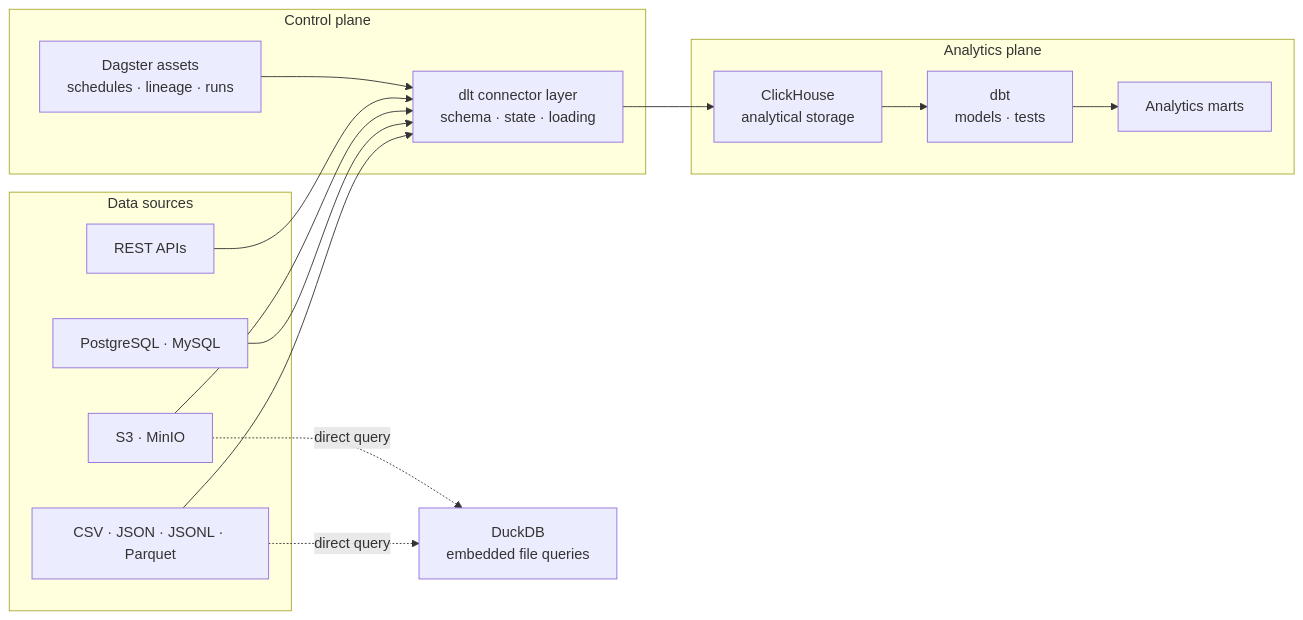
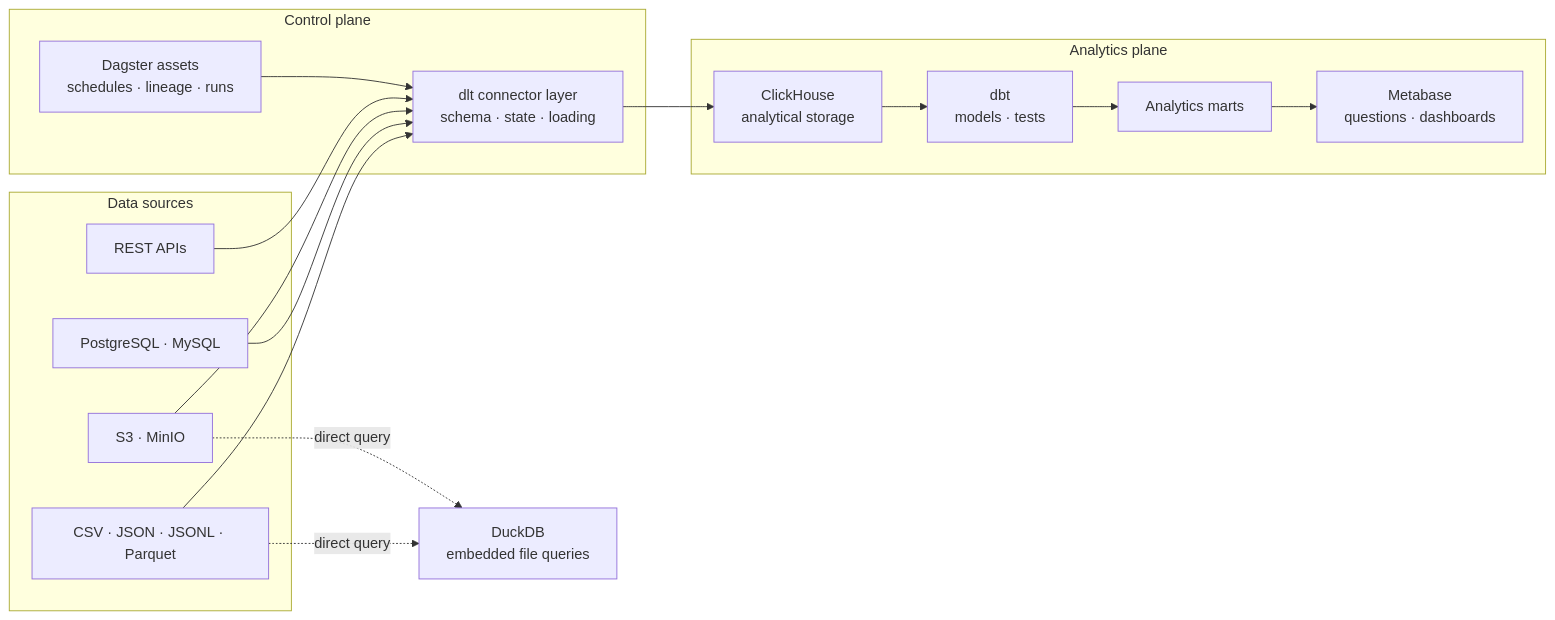
The diagram in README.md (felipe-cosse/Portable-Data-Platform), drawn with Mermaid before and after one commit. The commit also changed other lines of this file and 16 other files, not shown here.

````diff
--- a/README.md
+++ b/README.md
@@ -66,33 +70,35 @@
 ```mermaid
 flowchart LR
     subgraph Sources["Data sources"]
         Files["CSV · JSON · JSONL · Parquet"]
         Databases["PostgreSQL · MySQL"]
         ObjectStorage["S3 · MinIO"]
         APIs["REST APIs"]
     end
 
     subgraph Control["Control plane"]
         Dagster["Dagster assets<br/>schedules · lineage · runs"]
         Dlt["dlt connector layer<br/>schema · state · loading"]
     end
 
     subgraph Analytics["Analytics plane"]
         ClickHouse["ClickHouse<br/>analytical storage"]
         Dbt["dbt<br/>models · tests"]
         Marts["Analytics marts"]
+        Metabase["Metabase<br/>questions · dashboards"]
     end
 
     DuckDB["DuckDB<br/>embedded file queries"]
 
     Files --> Dlt
     Databases --> Dlt
     ObjectStorage --> Dlt
     APIs --> Dlt
     Dagster --> Dlt
     Dlt --> ClickHouse
     ClickHouse --> Dbt
     Dbt --> Marts
+    Marts --> Metabase
     Files -. "direct query" .-> DuckDB
     ObjectStorage -. "direct query" .-> DuckDB
 ```
````
